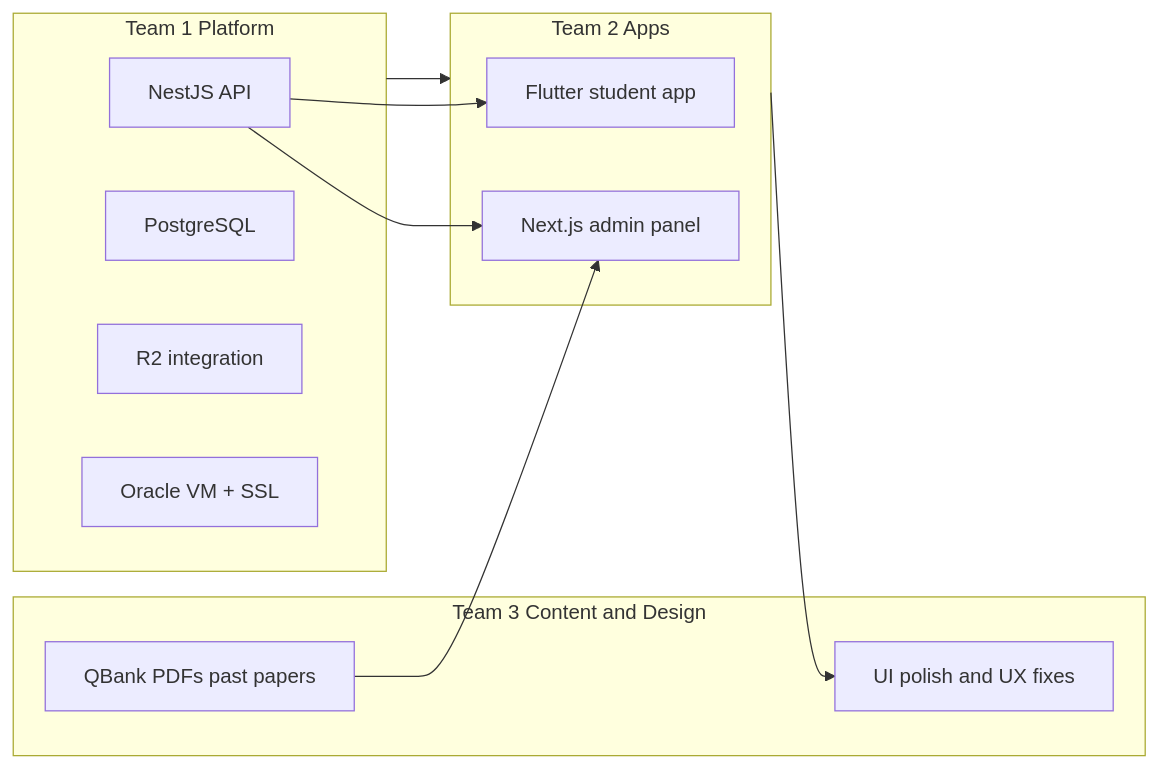
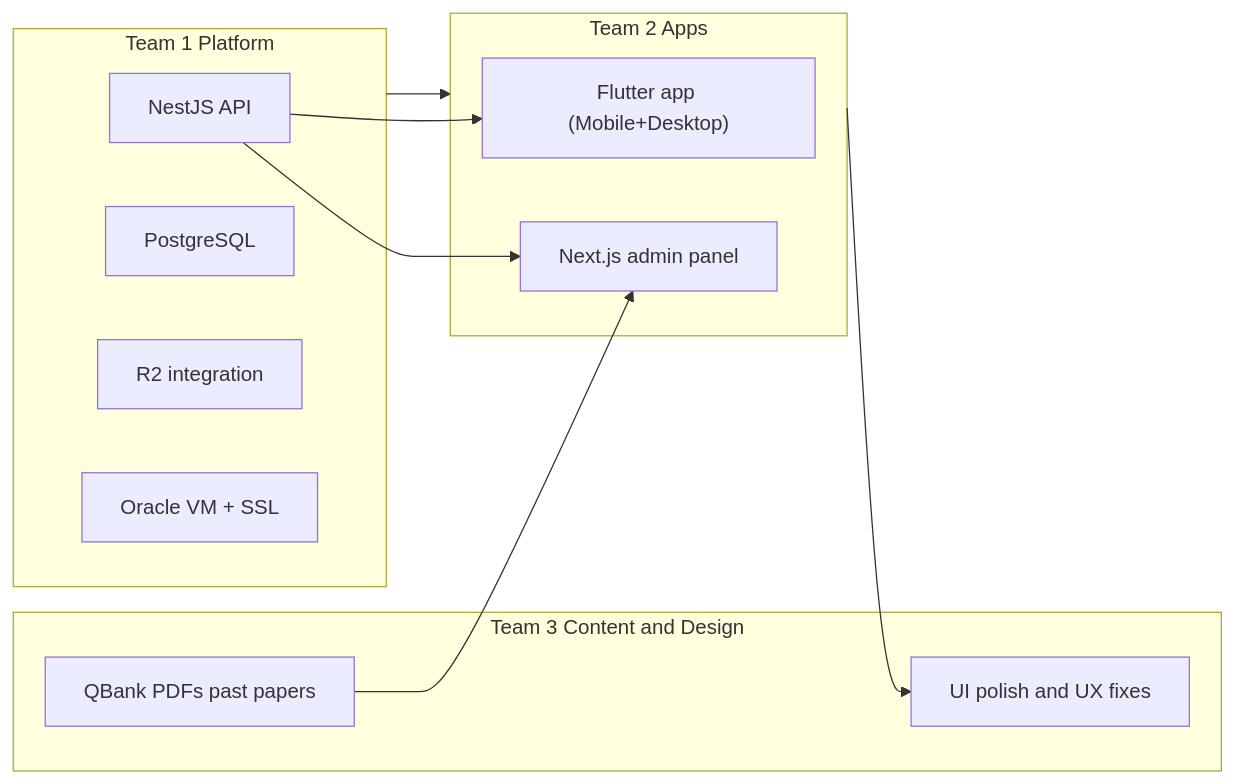
The diagram in docs/TEAM_SPLIT.md (webdevteam002/Medical-app), drawn with Mermaid before and after one commit. The commit also changed other lines of this file and 12 other files, not shown here.

Commit message:
docs: add desktop app requirements, 2-device limit, and desktop integration guides

````diff
--- a/docs/TEAM_SPLIT.md
+++ b/docs/TEAM_SPLIT.md
@@ -16,25 +16,25 @@
 ```mermaid
 flowchart LR
     subgraph team1 [Team 1 Platform]
         API["NestJS API"]
         DB["PostgreSQL"]
         R2["R2 integration"]
         Infra["Oracle VM + SSL"]
     end
 
     subgraph team2 [Team 2 Apps]
-        Mobile["Flutter student app"]
+        Mobile["Flutter app (Mobile+Desktop)"]
         Admin["Next.js admin panel"]
     end
 
     subgraph team3 [Team 3 Content and Design]
         Content["QBank PDFs past papers"]
         Design["UI polish and UX fixes"]
     end
 
     team1 --> team2
     team2 --> Design
     Content --> Admin
     API --> Mobile
     API --> Admin
 ```
````
